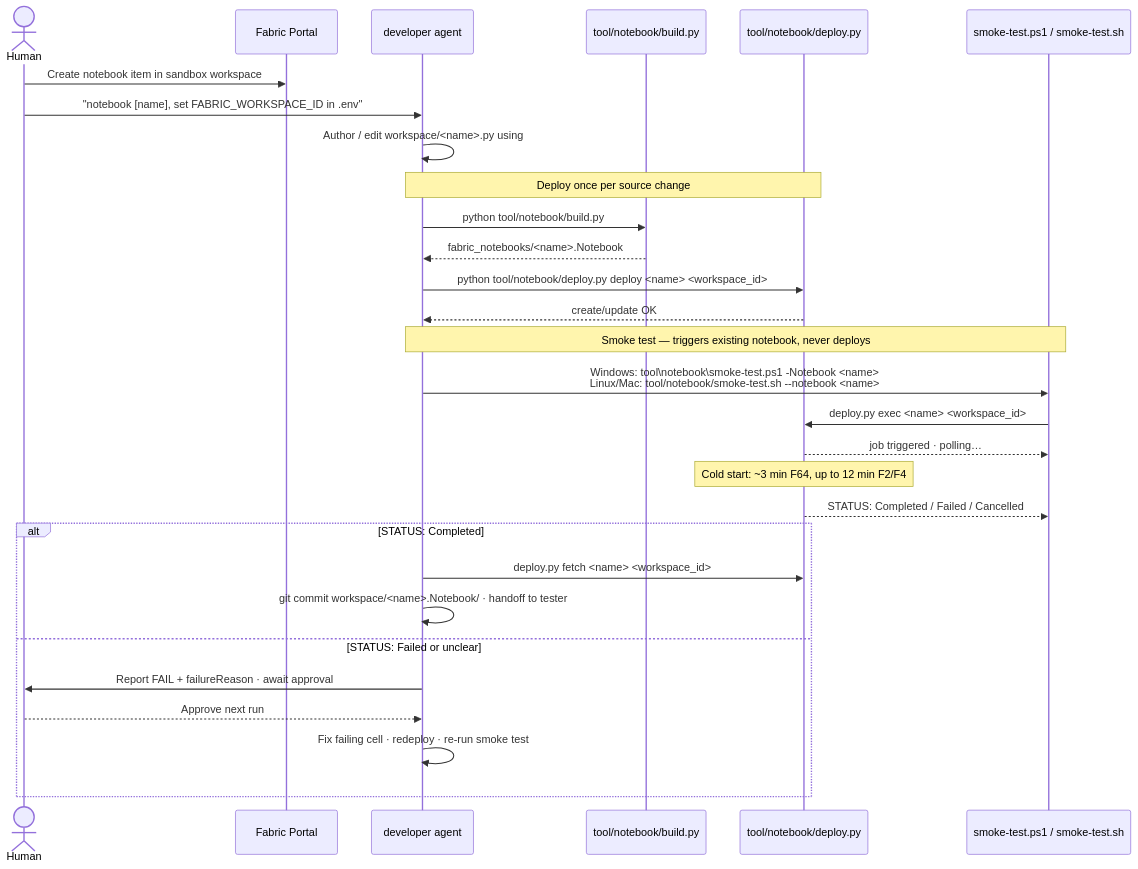
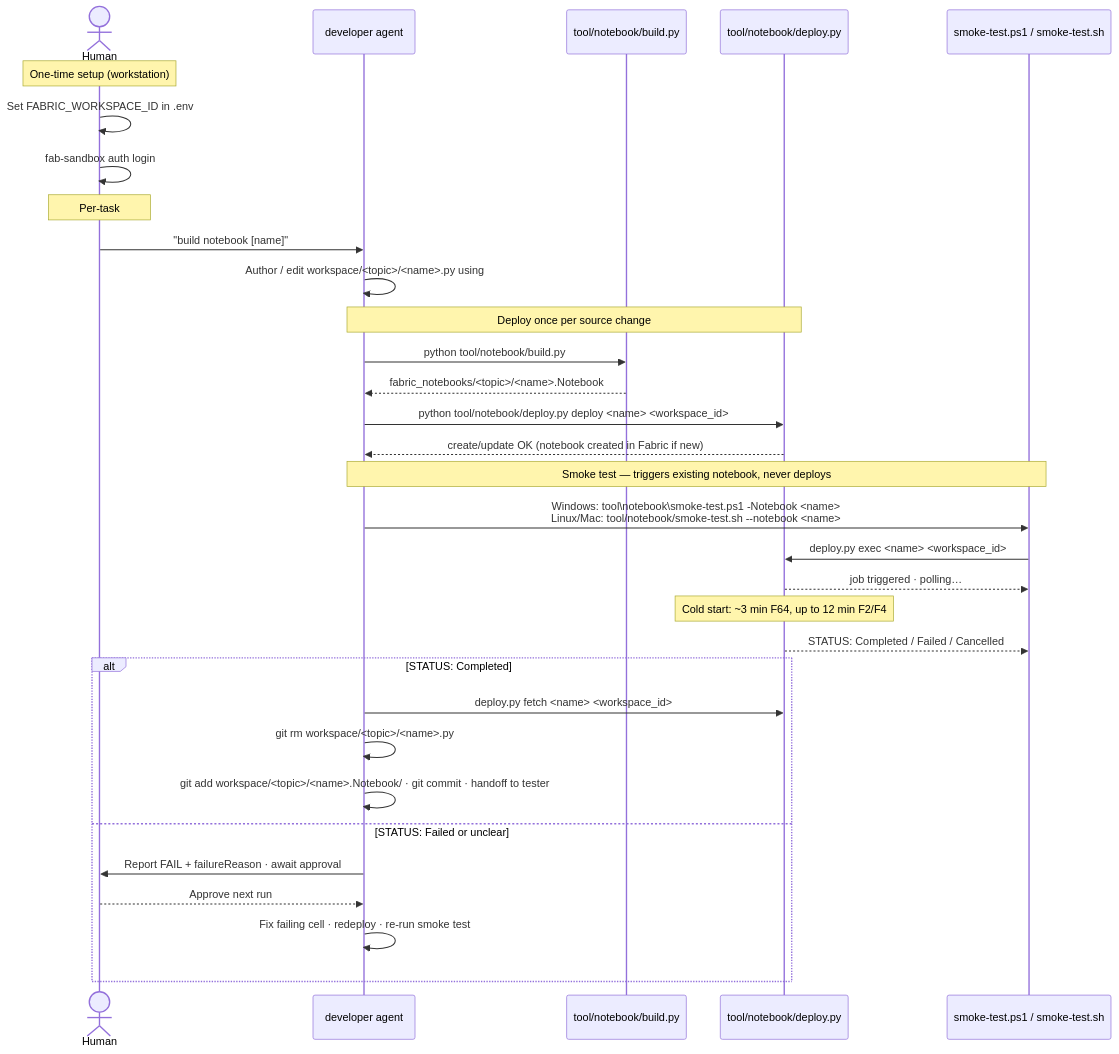
One commit to mathieu-slg/fabric-skills-settings changed the second of 3 diagrams in README.md. Above: the diagram before and after it, drawn with Mermaid. The commit also changed 1 other file, not shown here.

````diff
--- a/README.md
+++ b/README.md
@@ -176,36 +176,39 @@
 ```mermaid
 sequenceDiagram
     actor Human
-    participant Portal as Fabric Portal
     participant Dev as developer agent
     participant Build as tool/notebook/build.py
     participant Deploy as tool/notebook/deploy.py
     participant Smoke as smoke-test.ps1 / smoke-test.sh
 
-    Human->>Portal: Create notebook item in sandbox workspace
-    Human->>Dev: "notebook [name], set FABRIC_WORKSPACE_ID in .env"
-    Dev->>Dev: Author / edit workspace/<name>.py using # %% cell markers
+    Note over Human: One-time setup (workstation)
+    Human->>Human: Set FABRIC_WORKSPACE_ID in .env
+    Human->>Human: fab-sandbox auth login
+    Note over Human: Per-task
+    Human->>Dev: "build notebook [name]"
+    Dev->>Dev: Author / edit workspace/<topic>/<name>.py using # %% cell markers
 
     Note over Dev,Deploy: Deploy once per source change
     Dev->>Build: python tool/notebook/build.py
-    Build-->>Dev: fabric_notebooks/<name>.Notebook
+    Build-->>Dev: fabric_notebooks/<topic>/<name>.Notebook
 
     Dev->>Deploy: python tool/notebook/deploy.py deploy <name> <workspace_id>
-    Deploy-->>Dev: create/update OK
+    Deploy-->>Dev: create/update OK (notebook created in Fabric if new)
 
     Note over Dev,Smoke: Smoke test — triggers existing notebook, never deploys
     Dev->>Smoke: Windows: tool\notebook\smoke-test.ps1 -Notebook <name><br/>Linux/Mac: tool/notebook/smoke-test.sh --notebook <name>
     Smoke->>Deploy: deploy.py exec <name> <workspace_id>
     Deploy-->>Smoke: job triggered · polling…
     Note over Deploy: Cold start: ~3 min F64, up to 12 min F2/F4
     Deploy-->>Smoke: STATUS: Completed / Failed / Cancelled
 
     alt STATUS: Completed
         Dev->>Deploy: deploy.py fetch <name> <workspace_id>
-        Dev->>Dev: git commit workspace/<name>.Notebook/ · handoff to tester
+        Dev->>Dev: git rm workspace/<topic>/<name>.py
+        Dev->>Dev: git add workspace/<topic>/<name>.Notebook/ · git commit · handoff to tester
     else STATUS: Failed or unclear
         Dev->>Human: Report FAIL + failureReason · await approval
         Human-->>Dev: Approve next run
         Dev->>Dev: Fix failing cell · redeploy · re-run smoke test
     end
 ```
````
